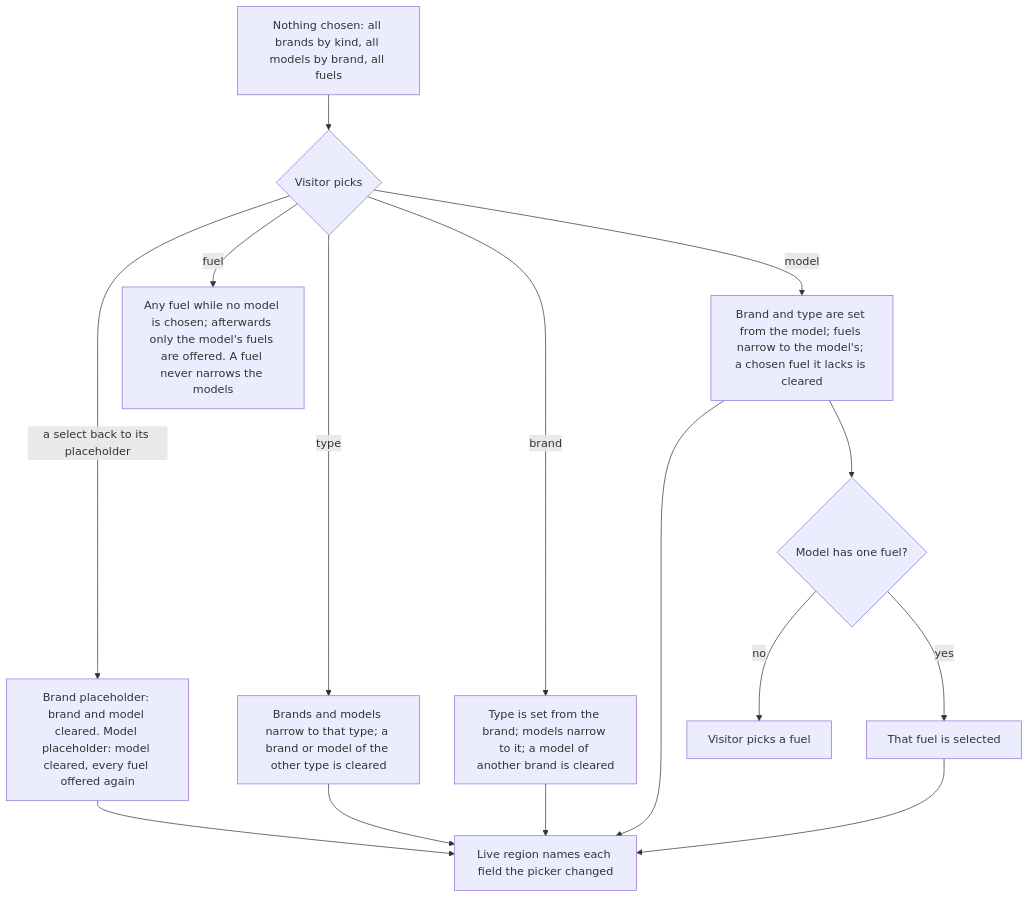
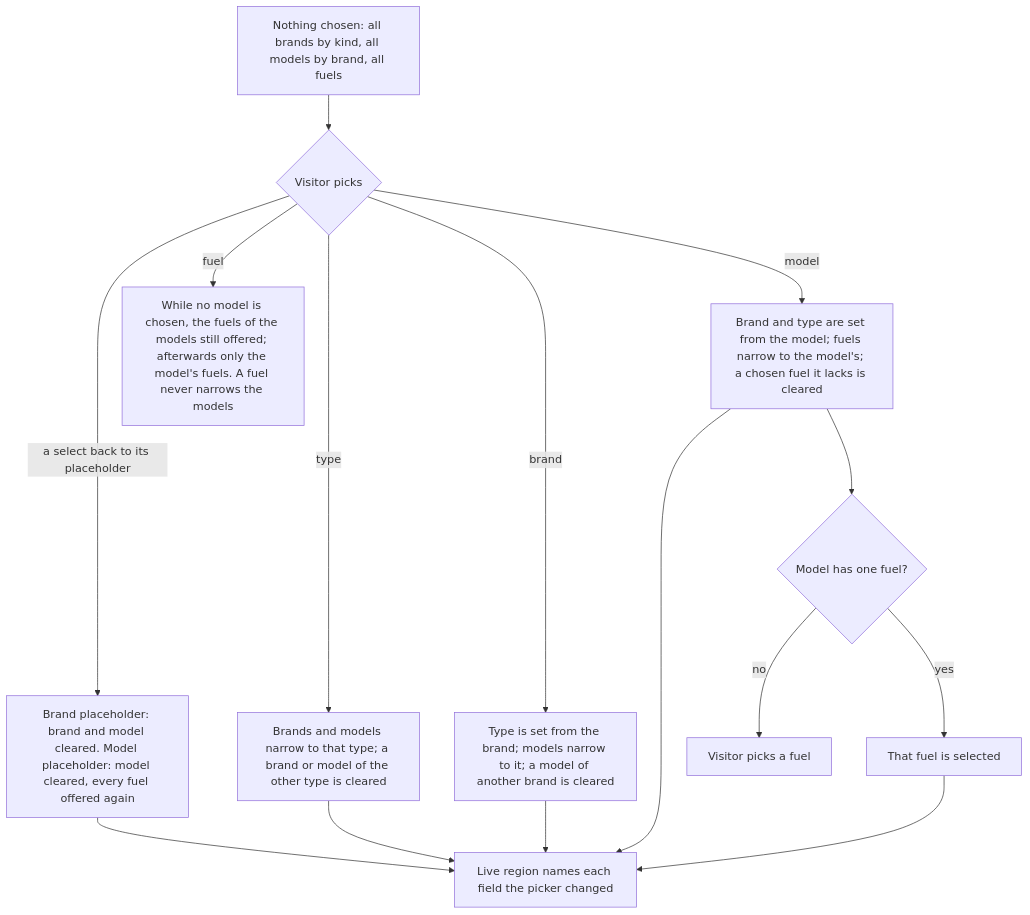
Before and after one commit to AkshayChavhan/go-mechanic: the second of 2 diagrams in document/plans/2026-10-28-1802-feat-vehicle-catalogue-plan.md, drawn with Mermaid. The commit also changed 2 other files, not shown here.

Commit message:
docs(17): the review's notes in CLAUDE.md, the task 39 hand-over and the plan
CLAUDE.md now says any draft correction needs npm run db:reset locally, and
names the picker's gap before hydration for tasks 21 and 23. The task 39
backlog line carries the owner decision the review raised (does a brand
whose models are all hidden leave the home row?), and the plan's diagram
now describes the fuel rule the code follows.

````diff
--- a/document/plans/2026-10-28-1802-feat-vehicle-catalogue-plan.md
+++ b/document/plans/2026-10-28-1802-feat-vehicle-catalogue-plan.md
@@ -191,17 +191,17 @@
 ```mermaid
 flowchart TB
   start[Nothing chosen: all brands by kind, all models by brand, all fuels] --> k{Visitor picks}
   k -->|type| t[Brands and models narrow to that type; a brand or model of the other type is cleared]
   k -->|brand| b[Type is set from the brand; models narrow to it; a model of another brand is cleared]
   k -->|a select back to its placeholder| p[Brand placeholder: brand and model cleared. Model placeholder: model cleared, every fuel offered again]
   p --> say
   k -->|model| m[Brand and type are set from the model; fuels narrow to the model's; a chosen fuel it lacks is cleared]
-  k -->|fuel| f[Any fuel while no model is chosen; afterwards only the model's fuels are offered. A fuel never narrows the models]
+  k -->|fuel| f[While no model is chosen, the fuels of the models still offered; afterwards only the model's fuels. A fuel never narrows the models]
   m --> one{Model has one fuel?}
   one -->|yes| auto[That fuel is selected]
   one -->|no| wait[Visitor picks a fuel]
   t --> say[Live region names each field the picker changed]
   b --> say
   m --> say
   auto --> say
 ```
````
